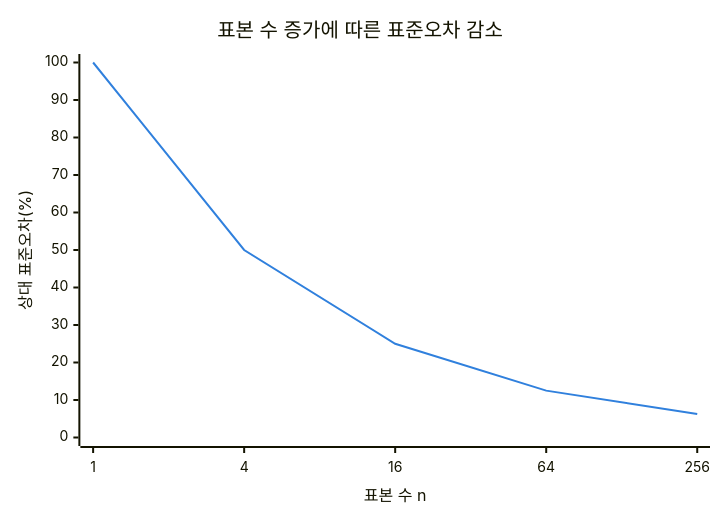
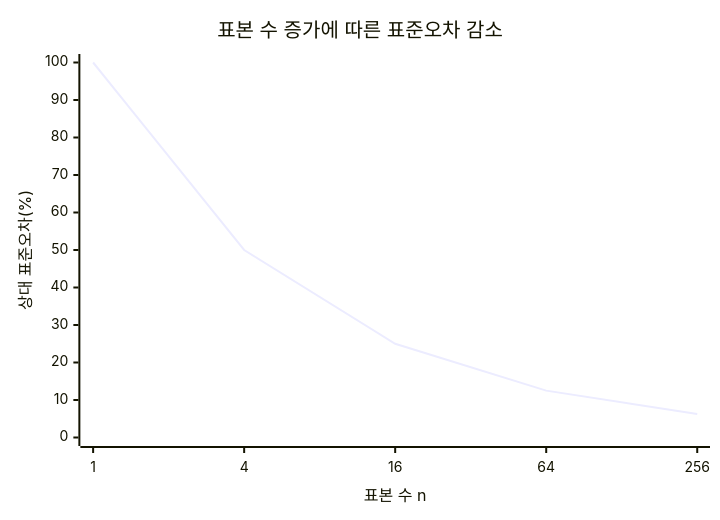
Before and after one commit to agnusdei1207/knowledge-base: the first of 3 diagrams in src/content/docs/notes/01-basic-theory/017_monte_carlo.md, drawn with Mermaid. The commit also changed other lines of this file and 11 other files, not shown here.

````diff
--- a/src/content/docs/notes/01-basic-theory/017_monte_carlo.md
+++ b/src/content/docs/notes/01-basic-theory/017_monte_carlo.md
@@ -60,8 +60,7 @@
 ```mermaid
-%%{init: {"themeVariables": {"xyChart": {"plotColorPalette": "#3080dd, #d95926"}}} }%%
 xychart-beta
     title "표본 수 증가에 따른 표준오차 감소"
     x-axis "표본 수 n" [1, 4, 16, 64, 256]
     y-axis "상대 표준오차(%)" 0 --> 100
     line [100, 50, 25, 12.5, 6.25]
 ```
````
